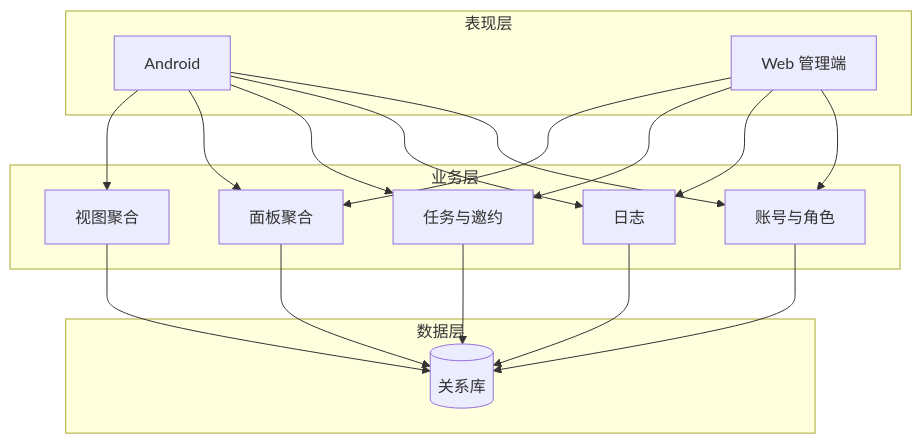
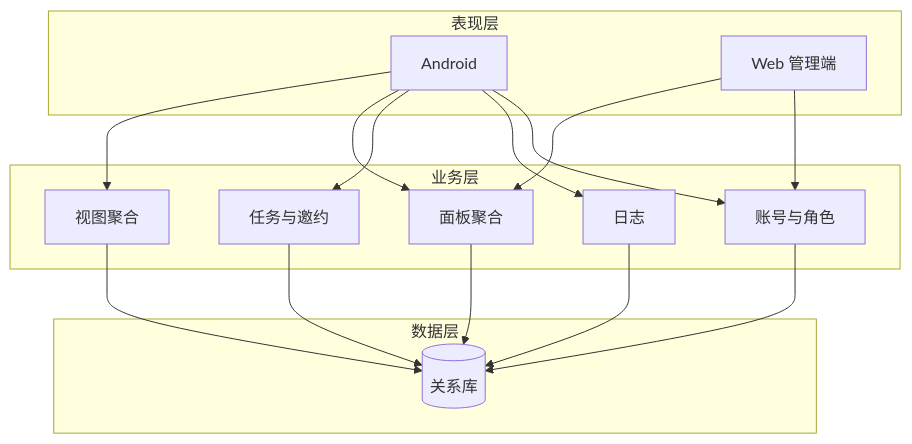
One commit to zayinO-00-01/project-pandora changed the first of 2 diagrams in docs/产品需求与设计-初版.md. Above: the diagram before and after it, drawn with Mermaid. The commit also changed other lines of this file and 21 other files, not shown here.

````diff
--- a/docs/产品需求与设计-初版.md
+++ b/docs/产品需求与设计-初版.md
@@ -91,31 +99,29 @@
 ```mermaid
 flowchart TB
   subgraph presentation [表现层]
     Android[Android]
     Web[Web 管理端]
   end
   subgraph business [业务层]
     Auth[账号与角色]
     Log[日志]
     Task[任务与邀约]
     Panel[面板聚合]
     View[视图聚合]
   end
   subgraph data [数据层]
     DB[(关系库)]
   end
   Android --> Auth
   Android --> Log
   Android --> Task
   Android --> Panel
   Android --> View
   Web --> Auth
-  Web --> Log
-  Web --> Task
   Web --> Panel
   Auth --> DB
   Log --> DB
   Task --> DB
   Panel --> DB
   View --> DB
 ```
````
